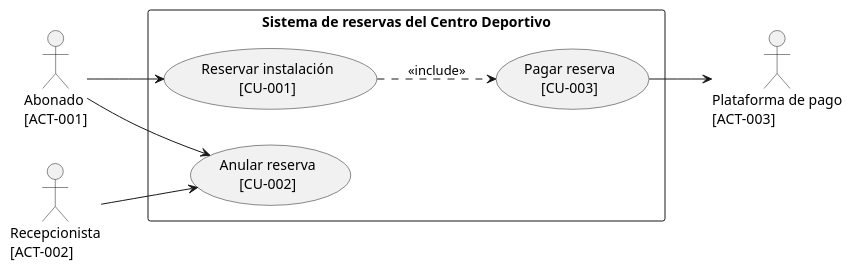
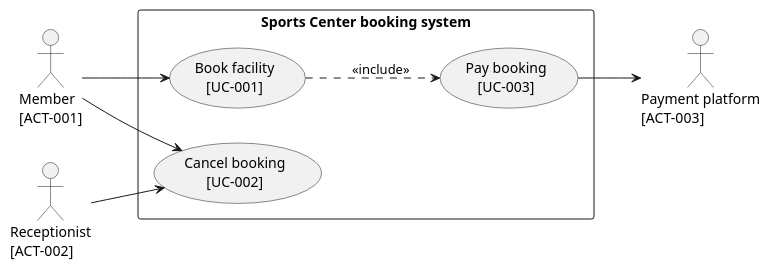
The diagram in archetypes/en_us/projects/sample-sports-center/assets/diagrama-casos-de-uso.puml (proteus-University-of-Seville/profile-madeja), drawn with PlantUML before and after one commit. The commit also changed 16 other files, not shown here.

First line of the commit message:
Translate the diagrams of the English sample to English

```diff
--- a/archetypes/en_us/projects/sample-sports-center/assets/diagrama-casos-de-uso.puml
+++ b/archetypes/en_us/projects/sample-sports-center/assets/diagrama-casos-de-uso.puml
@@ -1,17 +1,17 @@
 @startuml
 skinparam defaultFontName Arial
 left to right direction
-actor "Abonado\n[ACT-001]" as abonado
-actor "Recepcionista\n[ACT-002]" as recepcionista
-actor "Plataforma de pago\n[ACT-003]" as pago
-rectangle "Sistema de reservas del Centro Deportivo" {
-  usecase "Reservar instalación\n[CU-001]" as cu1
-  usecase "Anular reserva\n[CU-002]" as cu2
-  usecase "Pagar reserva\n[CU-003]" as cu3
+actor "Member\n[ACT-001]" as member
+actor "Receptionist\n[ACT-002]" as receptionist
+actor "Payment platform\n[ACT-003]" as payment
+rectangle "Sports Center booking system" {
+  usecase "Book facility\n[UC-001]" as uc1
+  usecase "Cancel booking\n[UC-002]" as uc2
+  usecase "Pay booking\n[UC-003]" as uc3
 }
-abonado --> cu1
-abonado --> cu2
-recepcionista --> cu2
-cu1 ..> cu3 : <<include>>
-cu3 --> pago
+member --> uc1
+member --> uc2
+receptionist --> uc2
+uc1 ..> uc3 : <<include>>
+uc3 --> payment
 @enduml
```
